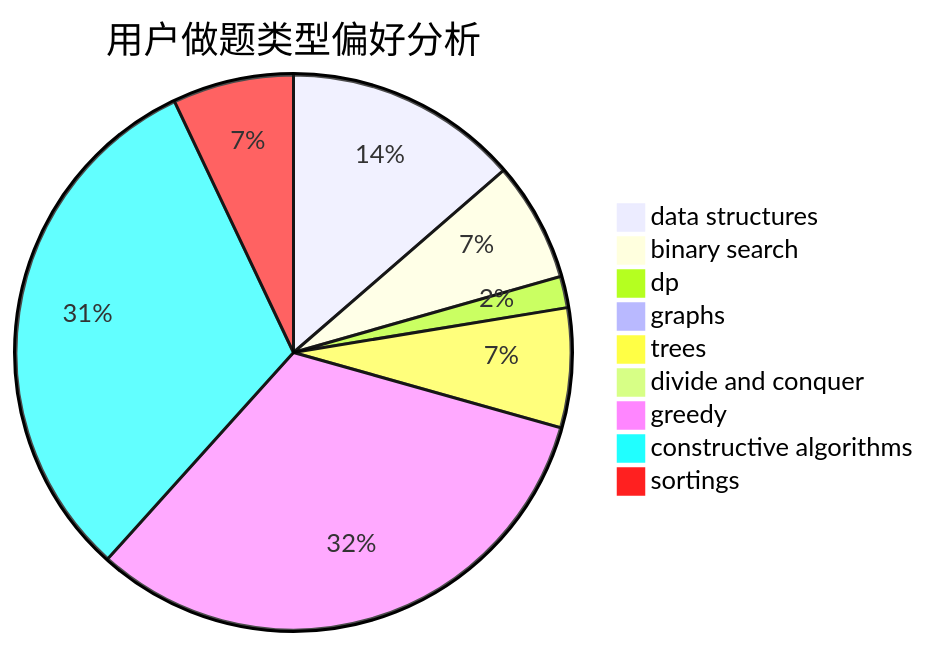
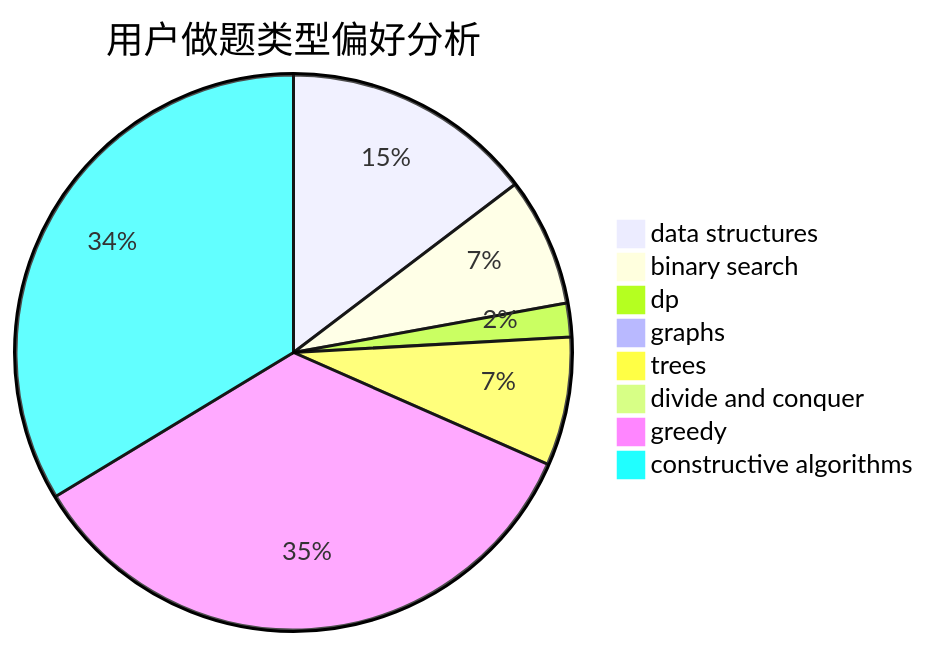
The second of 3 diagrams in docs/user/u601.md (sherpahu/cfrs.github.io), drawn with Mermaid before and after one commit. The commit also changed other lines of this file and 2769 other files, not shown here.

````diff
--- a/docs/user/u601.md
+++ b/docs/user/u601.md
@@ -18,12 +18,11 @@
 ```mermaid
 pie title 用户做题类型偏好分析
     "data structures" :  149
     "binary search" :  76
     "dp" :  20
     "graphs" :  1
     "trees" :  76
     "divide and conquer" :  0
     "greedy" :  353
     "constructive algorithms" :  342
-    "sortings" :  77
 ```
````
